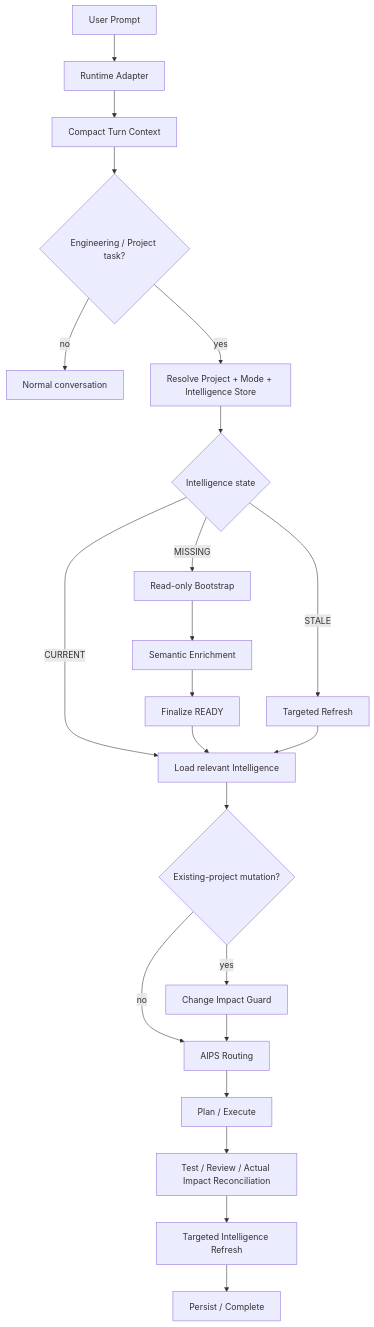
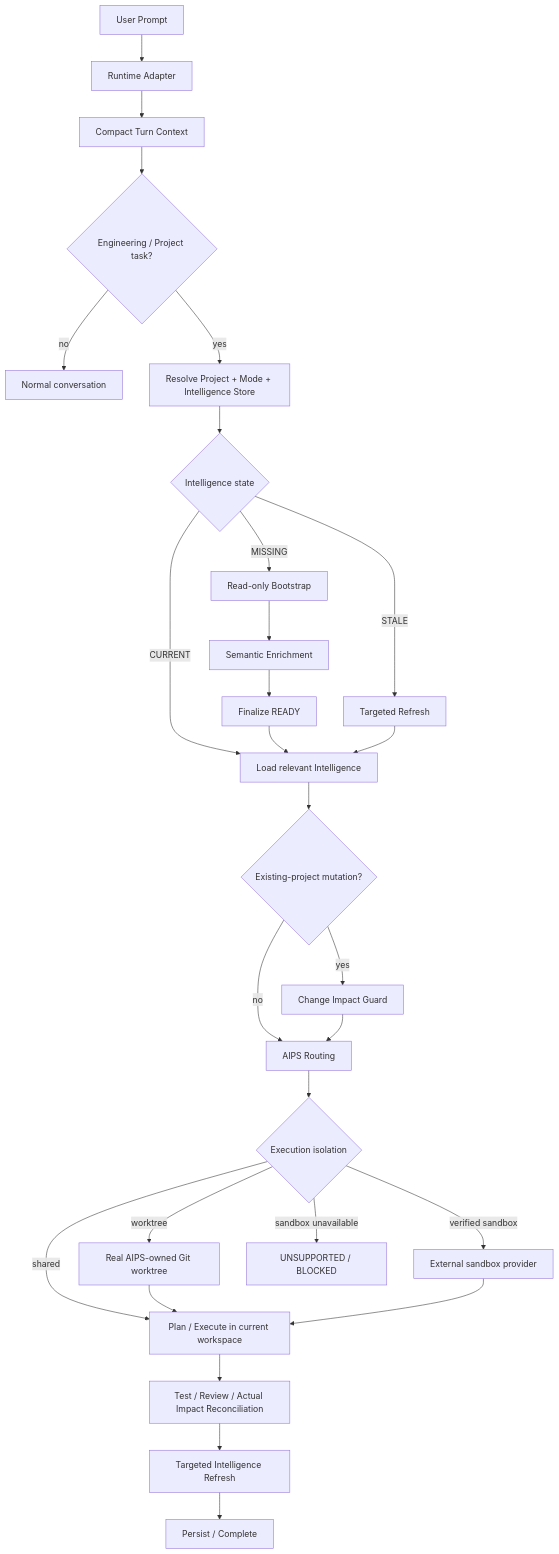
The first of 24 diagrams in docs/ARCHITECTURE.md (LucasLu3918/ai-product-system), drawn with Mermaid before and after one commit. The commit also changed other lines of this file, not shown here.

Commit message:
docs(architecture): add execution isolation flow

```diff
--- a/docs/ARCHITECTURE.md
+++ b/docs/ARCHITECTURE.md
@@ -7,24 +7,30 @@
 ~~~mermaid
 flowchart TD
     S[User Prompt] --> RA[Runtime Adapter]
     RA --> TC[Compact Turn Context]
     TC --> ENG{Engineering / Project task?}
     ENG -->|no| CHAT[Normal conversation]
     ENG -->|yes| P[Resolve Project + Mode + Intelligence Store]
     P --> I{Intelligence state}
     I -->|MISSING| B[Read-only Bootstrap]
     I -->|STALE| R[Targeted Refresh]
     I -->|CURRENT| L[Load relevant Intelligence]
     B --> E[Semantic Enrichment]
     E --> F[Finalize READY]
     F --> L
     R --> L
     L --> M{Existing-project mutation?}
     M -->|yes| CI[Change Impact Guard]
     M -->|no| ROUTE[AIPS Routing]
     CI --> ROUTE
-    ROUTE --> X[Plan / Execute]
+    ROUTE --> ISO{Execution isolation}
+    ISO -->|shared| X[Plan / Execute in current workspace]
+    ISO -->|worktree| WT[Real AIPS-owned Git worktree]
+    ISO -->|verified sandbox| SB[External sandbox provider]
+    ISO -->|sandbox unavailable| BLOCK[UNSUPPORTED / BLOCKED]
+    WT --> X
+    SB --> X
     X --> V[Test / Review / Actual Impact Reconciliation]
     V --> IR[Targeted Intelligence Refresh]
     IR --> DONE[Persist / Complete]
 ~~~
```
